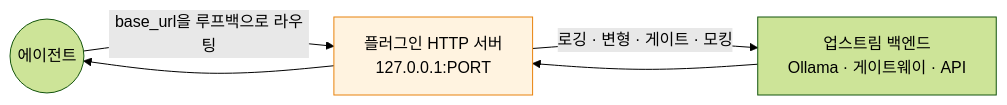
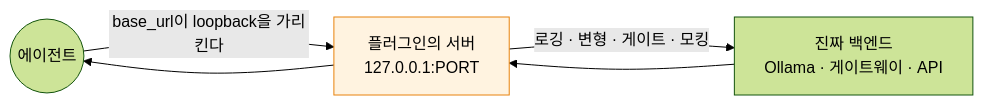
The fifth of 6 diagrams in docs/EXTENDING.ko.md (sayaya1090/magi), drawn with Mermaid (forest theme) before and after one commit. The commit also changed other lines of this file and 4 other files, not shown here.

````diff
--- a/docs/EXTENDING.ko.md
+++ b/docs/EXTENDING.ko.md
@@ -507,8 +614,8 @@
 ```mermaid
 flowchart LR
-    AG((에이전트)) -->|base_url을 루프백으로 라우팅| PX["플러그인 HTTP 서버<br/>127.0.0.1:PORT"]
-    PX -->|로깅 · 변형 · 게이트 · 모킹| UP[업스트림 백엔드<br/>Ollama · 게이트웨이 · API]
+    AG((에이전트)) -->|base_url이 loopback을 가리킨다| PX["플러그인의 서버<br/>127.0.0.1:PORT"]
+    PX -->|로깅 · 변형 · 게이트 · 모킹| UP[진짜 백엔드<br/>Ollama · 게이트웨이 · API]
     UP --> PX --> AG
 
     style PX fill:#fff3e0,stroke:#e8820c
 ```
````
